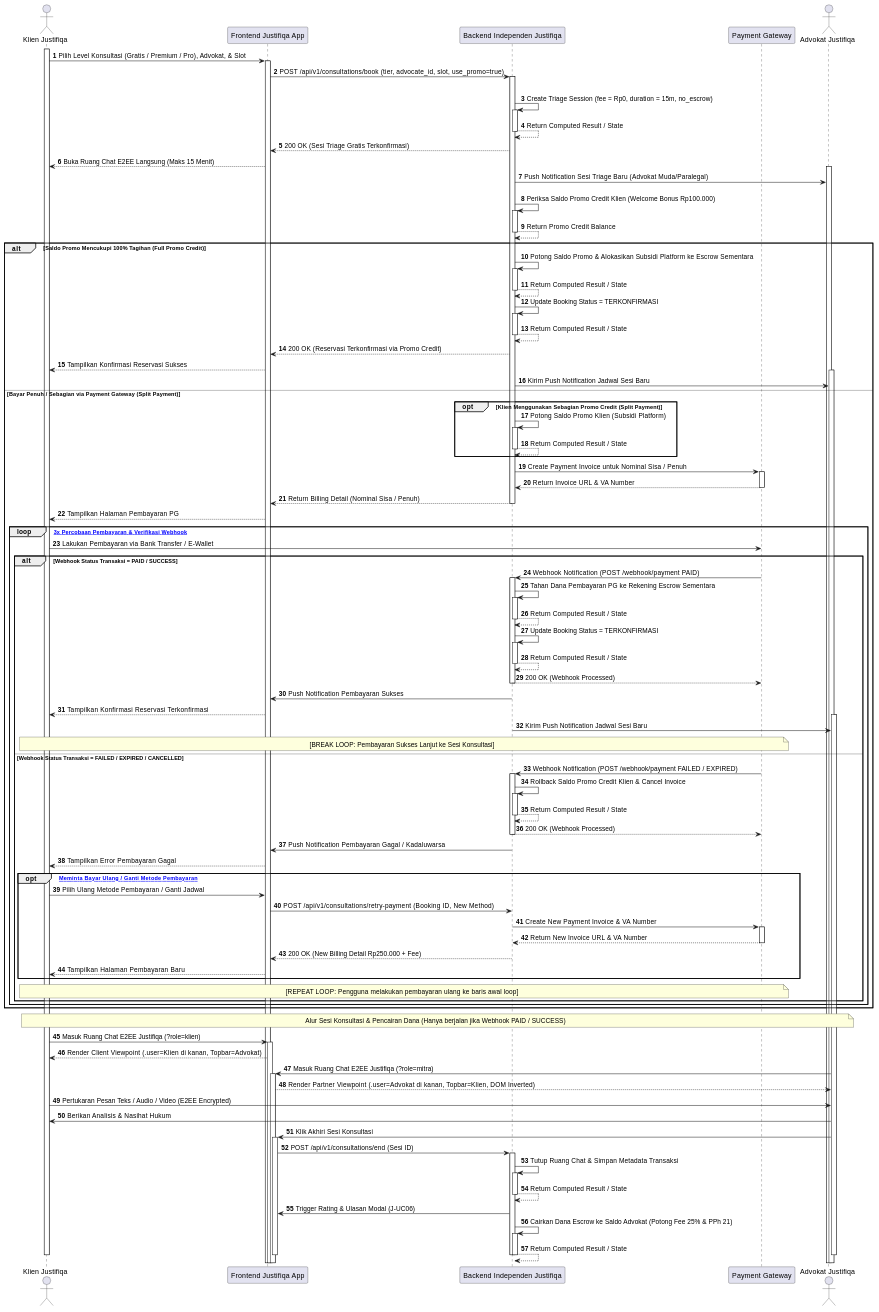
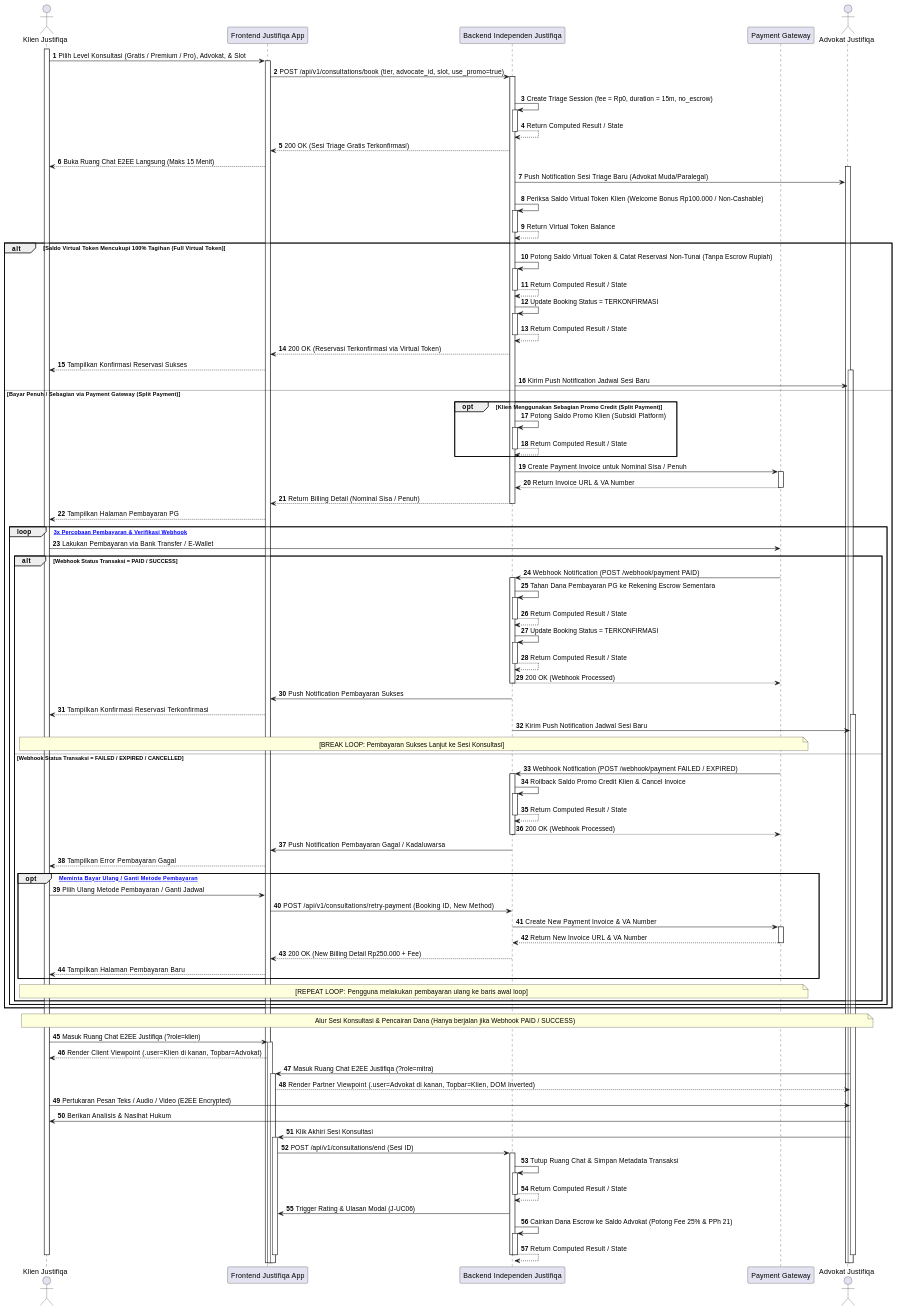
Before and after one commit to tupperwureism/SuperApp-Gagal: the third of 28 diagrams in MarkDown/plantuml_sequence_diagrams.md, drawn with PlantUML. The commit also changed 1 other file, not shown here.

Commit message:
refactor(payment): update AD-J-03 and SD-J-03 to model Non-Cashable Virtual Token (Uang-Uangan / Diamond) without cash Escrow payout

```diff
--- a/MarkDown/plantuml_sequence_diagrams.md
+++ b/MarkDown/plantuml_sequence_diagrams.md
@@ -184,16 +184,16 @@
     FE --> Klien : Buka Ruang Chat E2EE Langsung (Maks 15 Menit)
     activate Mitra
     BE -> Mitra : Push Notification Sesi Triage Baru (Advokat Muda/Paralegal)
-else Level Konsultasi = Premium / Pro (Berbayar via Promo Credit / PG)
-    BE -> BE ++ : Periksa Saldo Promo Credit Klien (Welcome Bonus Rp100.000)
-    BE --> BE -- : Return Promo Credit Balance
+else Level Konsultasi = Premium / Pro (Berbayar via Virtual Token / PG)
+    BE -> BE ++ : Periksa Saldo Virtual Token Klien (Welcome Bonus Rp100.000 / Non-Cashable)
+    BE --> BE -- : Return Virtual Token Balance
 
-    alt Saldo Promo Mencukupi 100% Tagihan (Full Promo Credit)
-        BE -> BE ++ : Potong Saldo Promo & Alokasikan Subsidi Platform ke Escrow Sementara
+    alt Saldo Virtual Token Mencukupi 100% Tagihan (Full Virtual Token)
+        BE -> BE ++ : Potong Saldo Virtual Token & Catat Reservasi Non-Tunai (Tanpa Escrow Rupiah)
         BE --> BE -- : Return Computed Result / State
         BE -> BE ++ : Update Booking Status = TERKONFIRMASI
         BE --> BE -- : Return Computed Result / State
-        BE --> FE : 200 OK (Reservasi Terkonfirmasi via Promo Credit)
+        BE --> FE : 200 OK (Reservasi Terkonfirmasi via Virtual Token)
         FE --> Klien : Tampilkan Konfirmasi Reservasi Sukses
         activate Mitra
         BE -> Mitra : Kirim Push Notification Jadwal Sesi Baru
```
